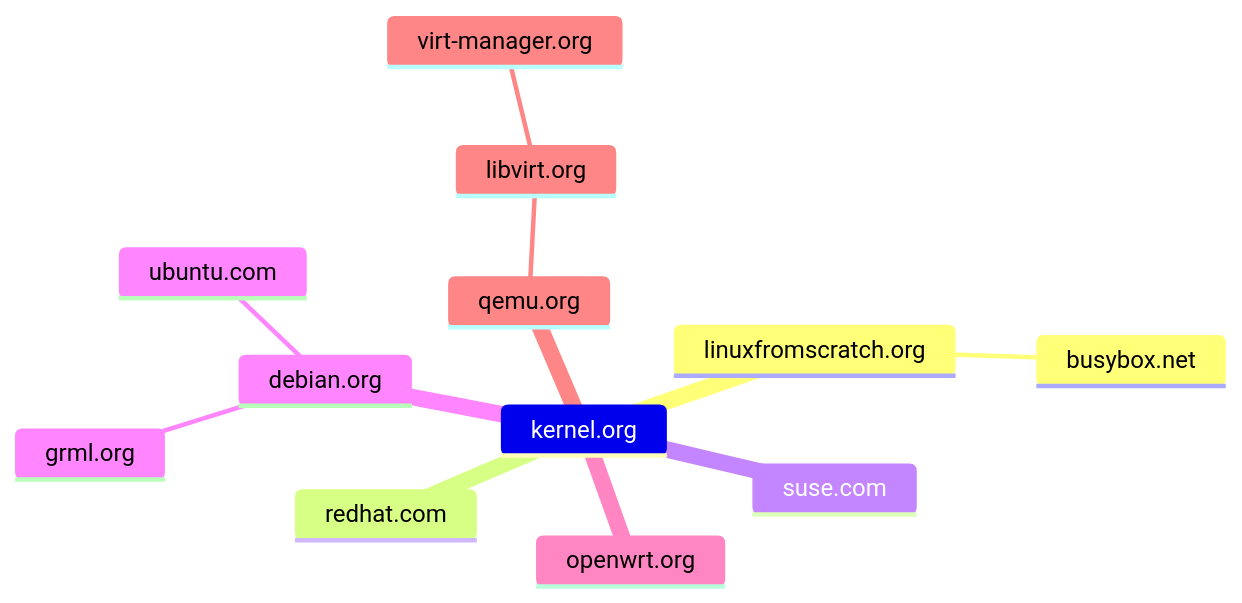
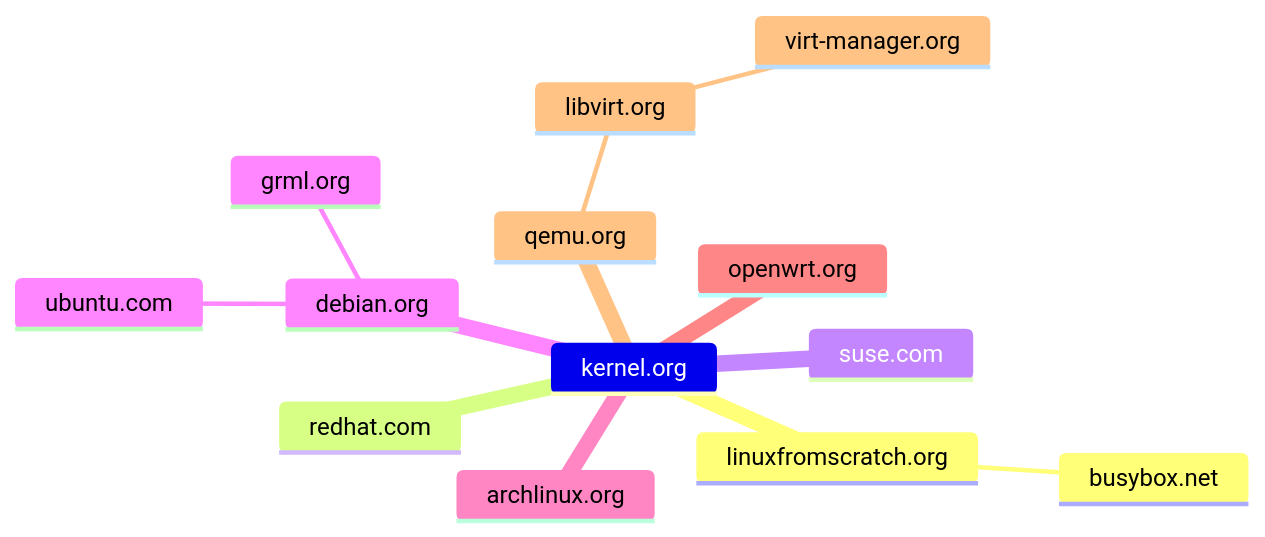
Before and after one commit to rogernul/temptest: the diagram in l.md, drawn with Mermaid.

````diff
--- a/l.md
+++ b/l.md
@@ -1,15 +1,16 @@
 ```mermaid
 mindmap
 kernel.org
     linuxfromscratch.org
       busybox.net
     redhat.com
     suse.com
     debian.org
       grml.org
       ubuntu.com
+    archlinux.org
     openwrt.org
     qemu.org
       libvirt.org
         virt-manager.org
 ```
````
